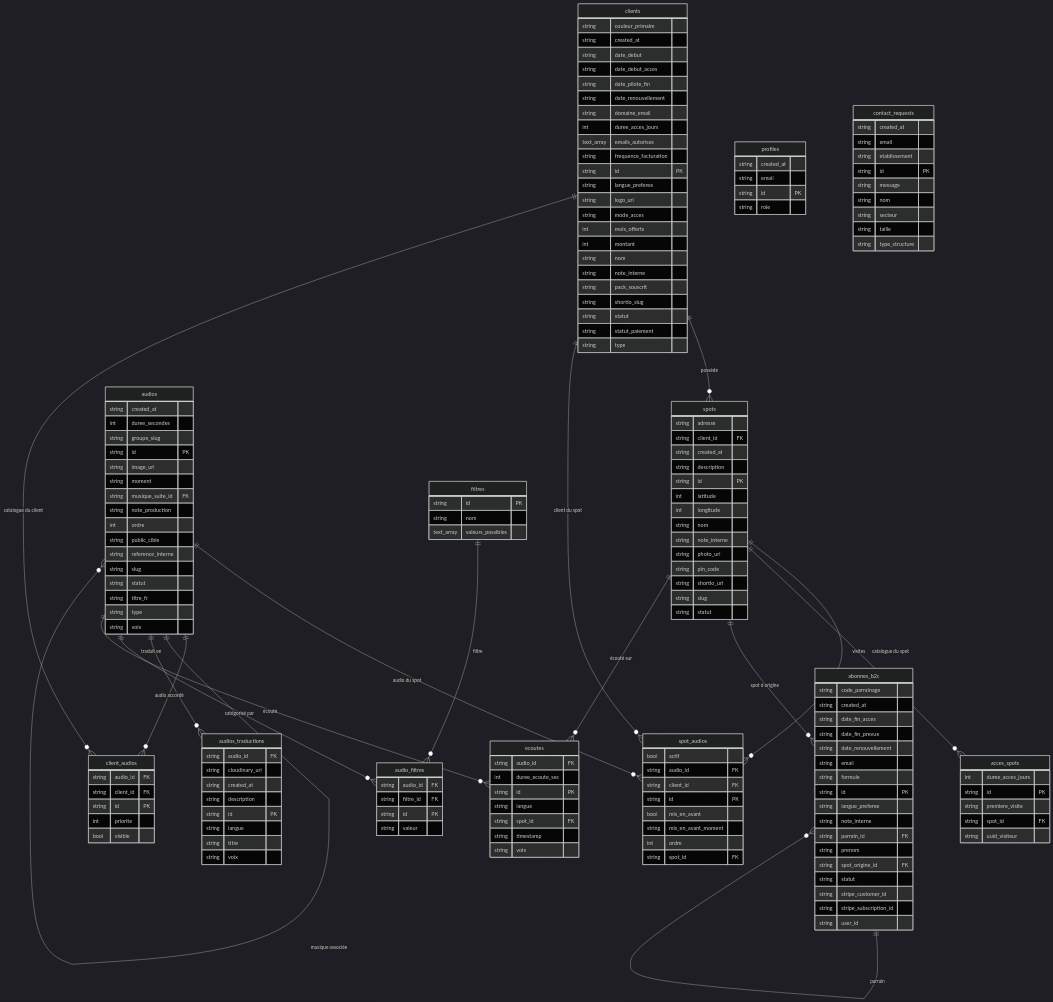
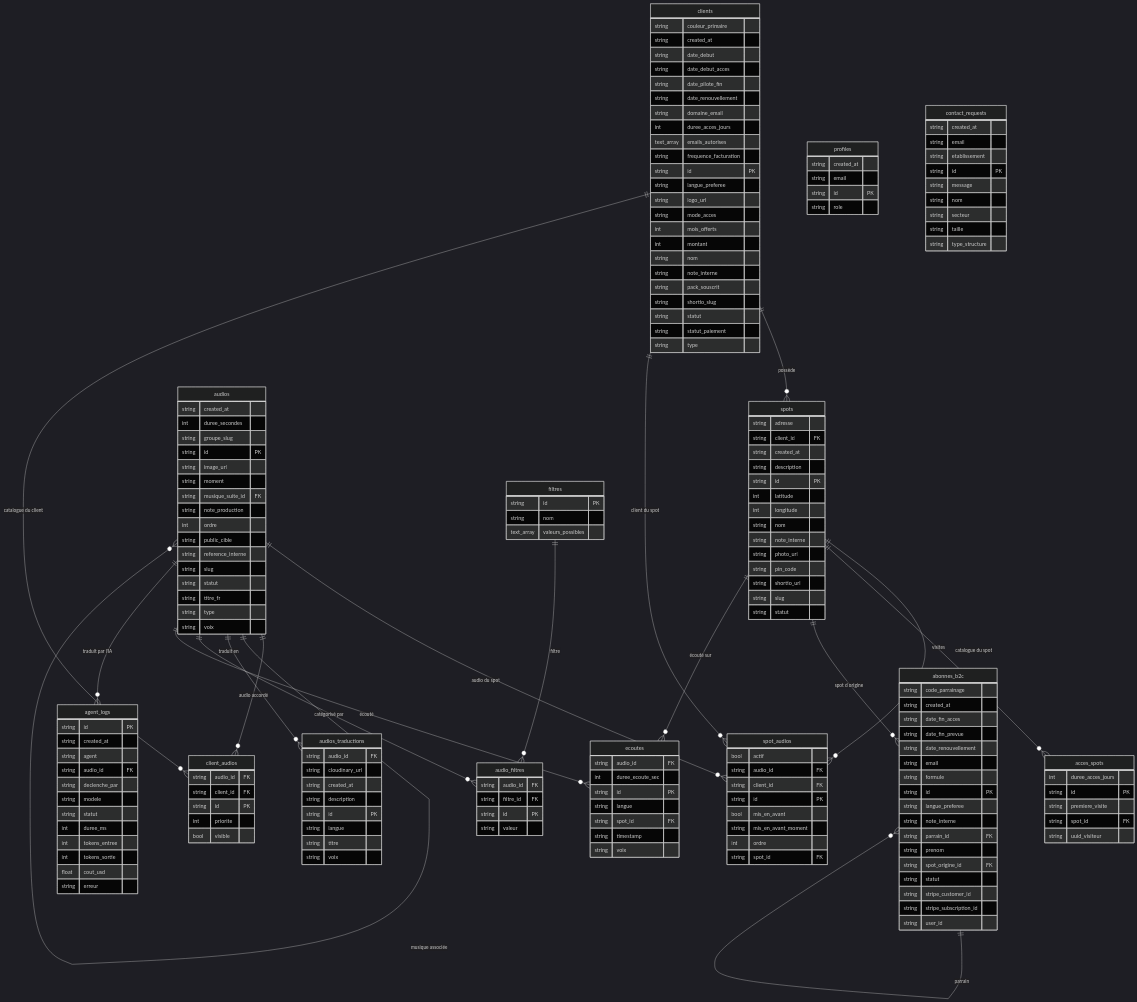
The diagram in docs/schema-era.md (Ninonspotszen/zen-admin-haven), drawn with Mermaid (dark theme) before and after one commit. The commit also changed other lines of this file and 6 other files, not shown here.

````diff
--- a/docs/schema-era.md
+++ b/docs/schema-era.md
@@ -145,6 +145,20 @@
         string timestamp
         string voix
     }
+    agent_logs {
+        string id PK
+        string created_at
+        string agent
+        string audio_id FK
+        string declenche_par
+        string modele
+        string statut
+        int duree_ms
+        int tokens_entree
+        int tokens_sortie
+        float cout_usd
+        string erreur
+    }
     contact_requests {
         string created_at
         string email
@@ -172,4 +186,5 @@
     spots ||--o{ abonnes_b2c : "spot d origine"
     audios ||--o{ ecoutes : "écouté"
     spots ||--o{ ecoutes : "écouté sur"
+    audios ||--o{ agent_logs : "traduit par l'IA"
 ```
````
